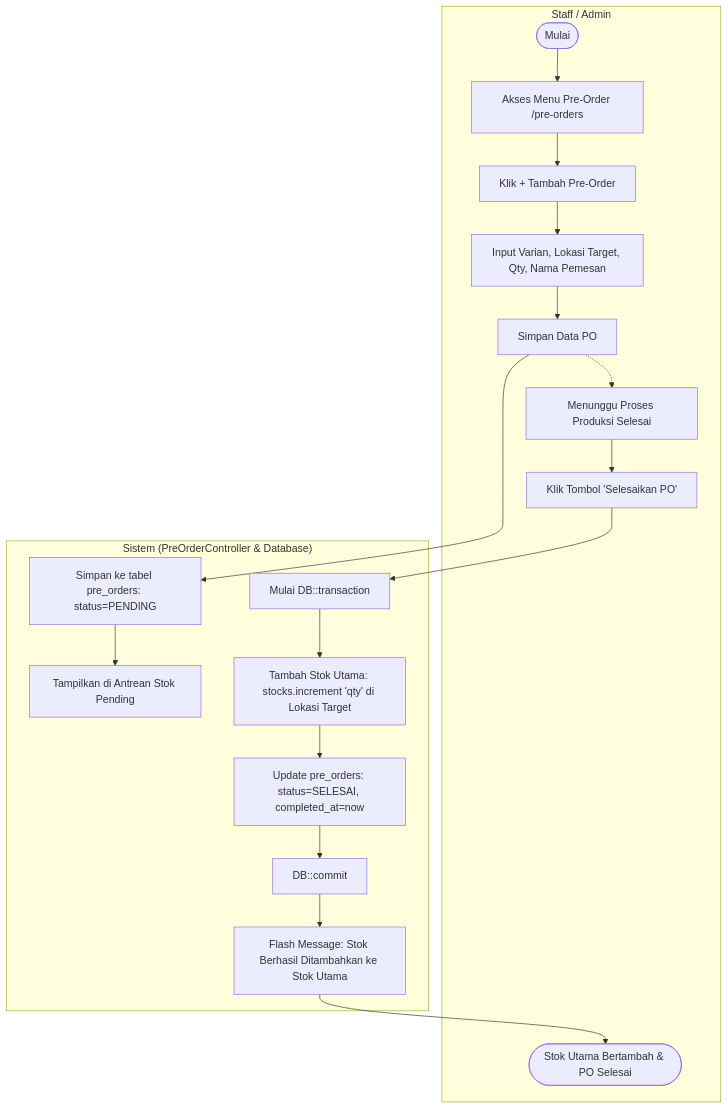
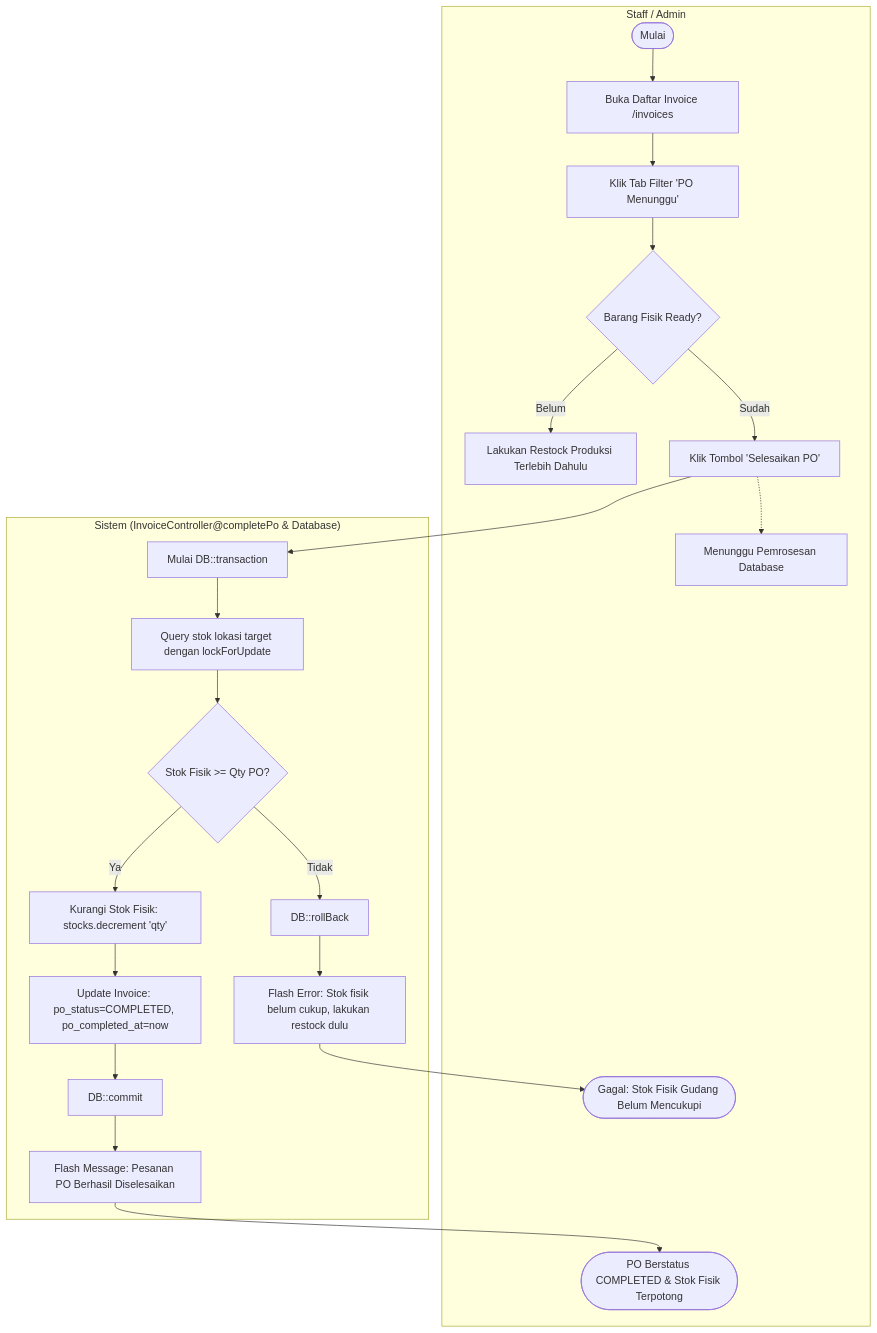
Before and after one commit to FatsyahRGT/scentpeep: the fifth of 11 diagrams in docs/ACTIVITY_DIAGRAM.md, drawn with Mermaid. The commit also changed other lines of this file and 13 other files, not shown here.

Commit message:
docs: synchronize all documentation and architecture diagrams to v3.2 release

````diff
--- a/docs/ACTIVITY_DIAGRAM.md
+++ b/docs/ACTIVITY_DIAGRAM.md
@@ -149,24 +163,29 @@
 ```mermaid
 flowchart TD
     subgraph Lane_Staff ["Staff / Admin"]
-        P_Start([Mulai]) --> P_Open[Akses Menu Pre-Order /pre-orders]
-        P_Open --> P_New[Klik + Tambah Pre-Order]
-        P_New --> P_Input[Input Varian, Lokasi Target, Qty, Nama Pemesan]
-        P_Input --> P_Save[Simpan Data PO]
-        P_Save -.-> P_WaitProd[Menunggu Proses Produksi Selesai]
-        P_WaitProd --> P_Finish[Klik Tombol 'Selesaikan PO']
-        P_Done([Stok Utama Bertambah & PO Selesai])
+        PO_Start([Mulai]) --> PO_Open[Buka Daftar Invoice /invoices]
+        PO_Open --> PO_Tab[Klik Tab Filter 'PO Menunggu']
+        PO_Tab --> PO_CheckBarang{Barang Fisik Ready?}
+        PO_CheckBarang -->|Belum| PO_RestockFirst[Lakukan Restock Produksi Terlebih Dahulu]
+        PO_CheckBarang -->|Sudah| PO_ClickFinish[Klik Tombol 'Selesaikan PO']
+        PO_ClickFinish -.-> PO_Wait[Menunggu Pemrosesan Database]
+        PO_Done([PO Berstatus COMPLETED & Stok Fisik Terpotong])
+        PO_Fail([Gagal: Stok Fisik Gudang Belum Mencukupi])
     end
 
-    subgraph Lane_Sistem ["Sistem (PreOrderController & Database)"]
-        P_Save --> S_POStore[Simpan ke tabel pre_orders: status=PENDING]
-        S_POStore --> S_POList[Tampilkan di Antrean Stok Pending]
+    subgraph Lane_Sistem ["Sistem (InvoiceController@completePo & Database)"]
+        PO_ClickFinish --> S_PoTx[Mulai DB::transaction]
+        S_PoTx --> S_PoLock[Query stok lokasi target dengan lockForUpdate]
+        S_PoLock --> S_PoCheck{Stok Fisik >= Qty PO?}
         
-        P_Finish --> S_POBegin[Mulai DB::transaction]
-        S_POBegin --> S_POAddStock[Tambah Stok Utama: stocks.increment 'qty' di Lokasi Target]
-        S_POAddStock --> S_POUpdate[Update pre_orders: status=SELESAI, completed_at=now]
-        S_POUpdate --> S_POCommit[DB::commit]
-        S_POCommit --> S_POSucc[Flash Message: Stok Berhasil Ditambahkan ke Stok Utama]
-        S_POSucc --> P_Done
+        S_PoCheck -->|Ya| S_PoDec[Kurangi Stok Fisik: stocks.decrement 'qty']
+        S_PoDec --> S_PoUpdate[Update Invoice: po_status=COMPLETED, po_completed_at=now]
+        S_PoUpdate --> S_PoCommit[DB::commit]
+        S_PoCommit --> S_PoSucc[Flash Message: Pesanan PO Berhasil Diselesaikan]
+        S_PoSucc --> PO_Done
+
+        S_PoCheck -->|Tidak| S_PoRollback[DB::rollBack]
+        S_PoRollback --> S_PoWarn[Flash Error: Stok fisik belum cukup, lakukan restock dulu]
+        S_PoWarn --> PO_Fail
     end
 ```
````
